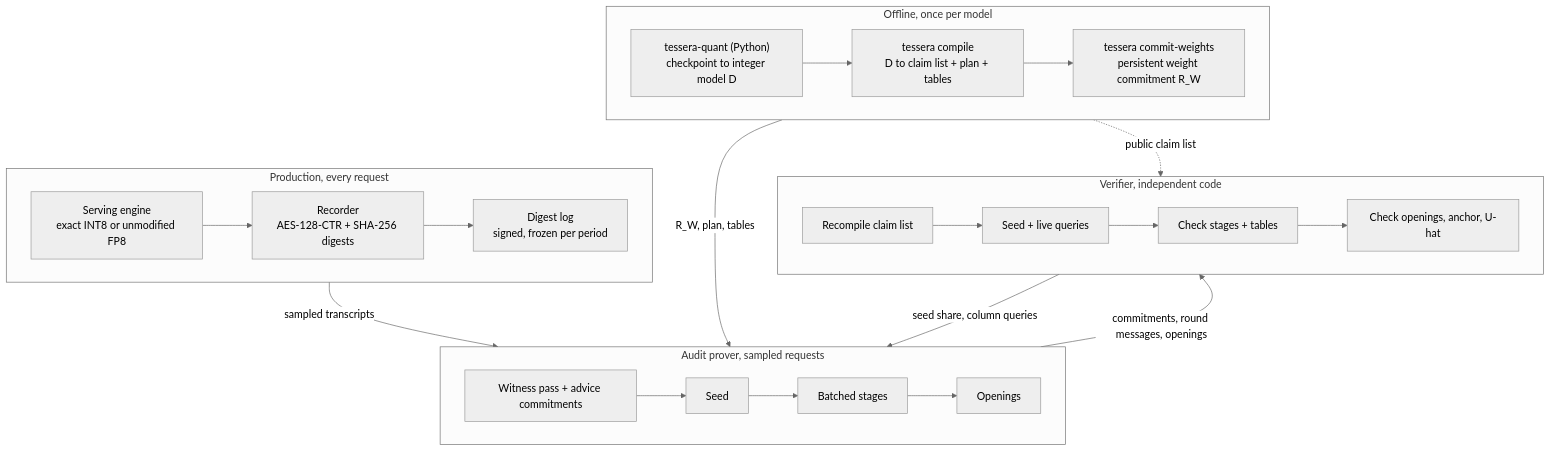
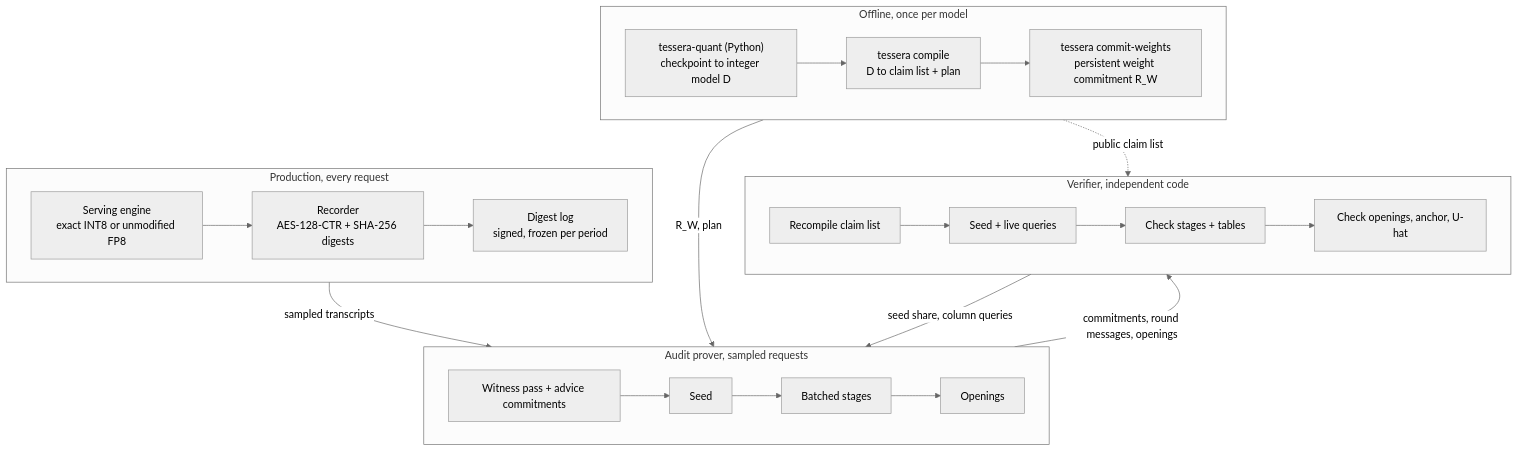
Before and after one commit to AbdelStark/tessera: the diagram in docs/spec/01-architecture.md, drawn with Mermaid (neutral theme). The commit also changed other lines of this file and 9 other files, not shown here.

First line of the commit message:
spec: retire the TableSetManifest; the claim list is the table set (RFC-0029)

````diff
--- a/docs/spec/01-architecture.md
+++ b/docs/spec/01-architecture.md
@@ -11,34 +11,34 @@
 ```mermaid
 flowchart TB
     subgraph OFF["Offline, once per model"]
         Q["tessera-quant (Python)<br/>checkpoint to integer model D"]
-        C["tessera compile<br/>D to claim list + plan + tables"]
+        C["tessera compile<br/>D to claim list + plan"]
         W["tessera commit-weights<br/>persistent weight commitment R_W"]
         Q --> C --> W
     end
     subgraph PROD["Production, every request"]
         E["Serving engine<br/>exact INT8 or unmodified FP8"]
         R["Recorder<br/>AES-128-CTR + SHA-256 digests"]
         L["Digest log<br/>signed, frozen per period"]
         E --> R --> L
     end
     subgraph AUD["Audit prover, sampled requests"]
         P1["Witness pass + advice commitments"]
         P2["Seed"]
         P3["Batched stages"]
         P4["Openings"]
         P1 --> P2 --> P3 --> P4
     end
     subgraph VER["Verifier, independent code"]
         V1["Recompile claim list"]
         V2["Seed + live queries"]
         V3["Check stages + tables"]
         V4["Check openings, anchor, U-hat"]
         V1 --> V2 --> V3 --> V4
     end
     PROD -->|sampled transcripts| AUD
-    OFF -->|R_W, plan, tables| AUD
+    OFF -->|R_W, plan| AUD
     OFF -.->|public claim list| VER
     VER -->|seed share, column queries| AUD
     AUD -->|commitments, round messages, openings| VER
 ```
````
